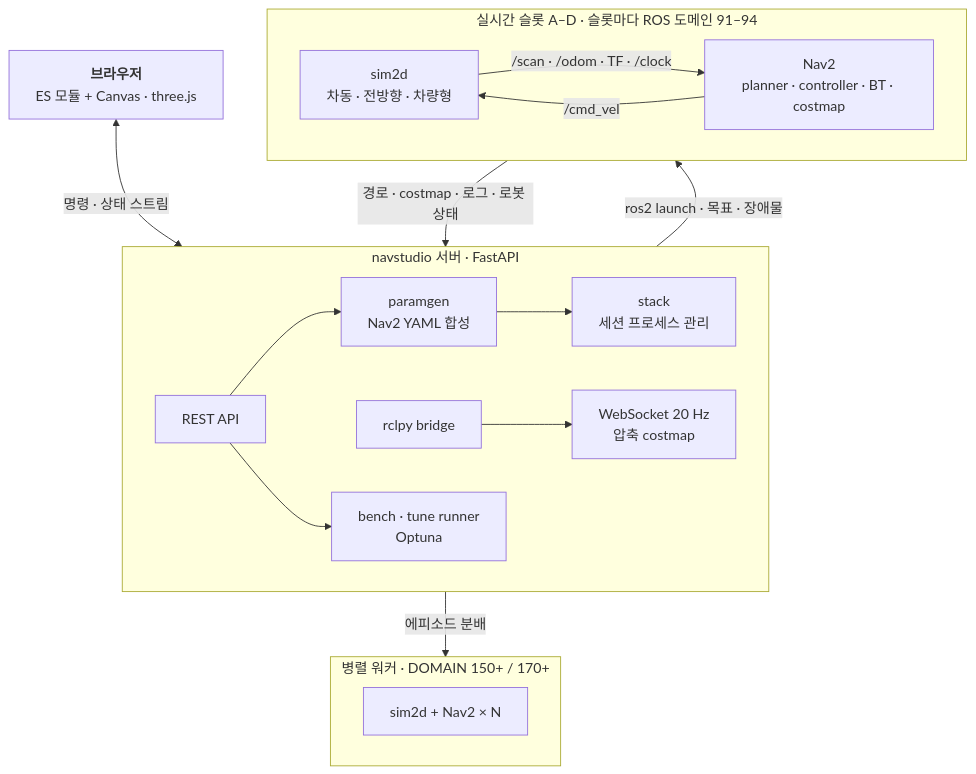
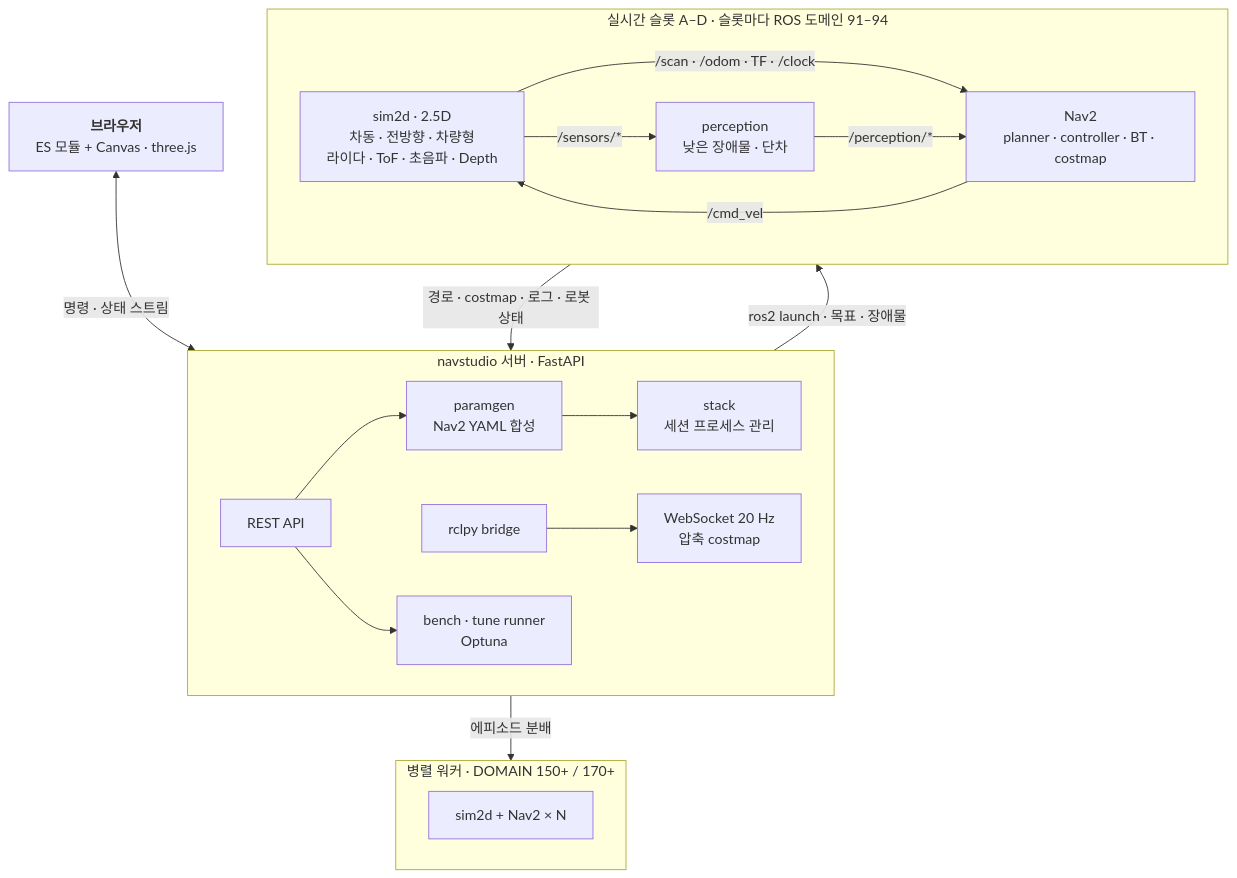
One commit to Hwan-Yeong/nav2_simulator_app changed the diagram in README.md. Above: the diagram before and after it, drawn with Mermaid. The commit also changed other lines of this file and 30 other files, not shown here.

````diff
--- a/README.md
+++ b/README.md
@@ -50,22 +51,24 @@
 ```mermaid
 flowchart TB
   UI["<b>브라우저</b><br/>ES 모듈 + Canvas · three.js"]
   subgraph S["navstudio 서버 · FastAPI"]
     direction LR
     API["REST API"] --> PG["paramgen<br/>Nav2 YAML 합성"] --> ST["stack<br/>세션 프로세스 관리"]
     BR["rclpy bridge"] --> WS["WebSocket 20 Hz<br/>압축 costmap"]
     API --> RUN["bench · tune runner<br/>Optuna"]
   end
   subgraph R["실시간 슬롯 A–D · 슬롯마다 ROS 도메인 91–94"]
     direction LR
-    SIM["sim2d<br/>차동 · 전방향 · 차량형"] -->|"/scan · /odom · TF · /clock"| NAV["Nav2<br/>planner · controller · BT · costmap"]
+    SIM["sim2d · 2.5D<br/>차동 · 전방향 · 차량형<br/>라이다 · ToF · 초음파 · Depth"] -->|"/scan · /odom · TF · /clock"| NAV["Nav2<br/>planner · controller · BT · costmap"]
+    SIM -->|"/sensors/*"| PER["perception<br/>낮은 장애물 · 단차"]
+    PER -->|"/perception/*"| NAV
     NAV -->|"/cmd_vel"| SIM
   end
   subgraph P["병렬 워커 · DOMAIN 150+ / 170+"]
     W["sim2d + Nav2 × N"]
   end
   UI <-->|"명령 · 상태 스트림"| S
   S -->|"ros2 launch · 목표 · 장애물"| R
   R -->|"경로 · costmap · 로그 · 로봇 상태"| S
   S -->|"에피소드 분배"| P
 ```
````
